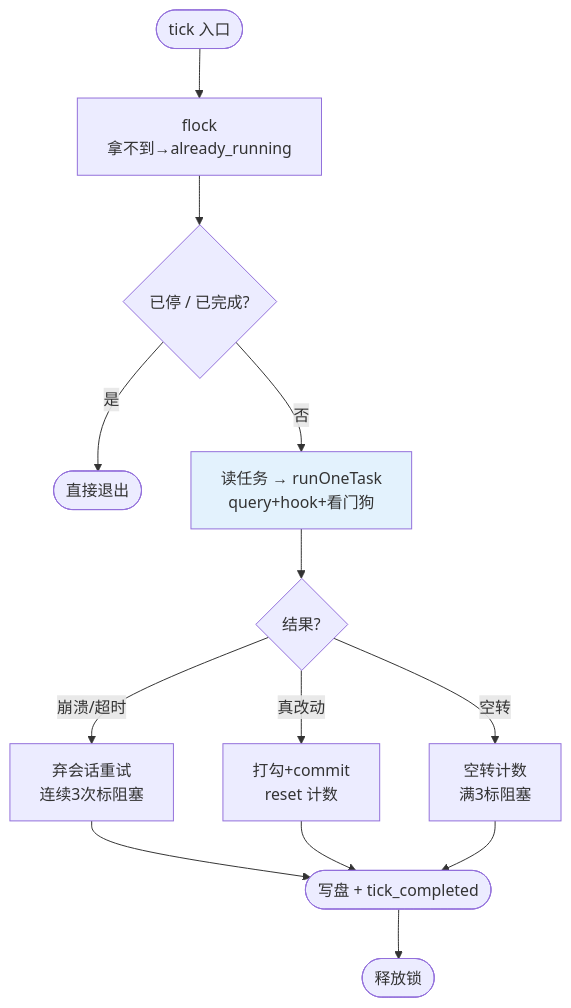
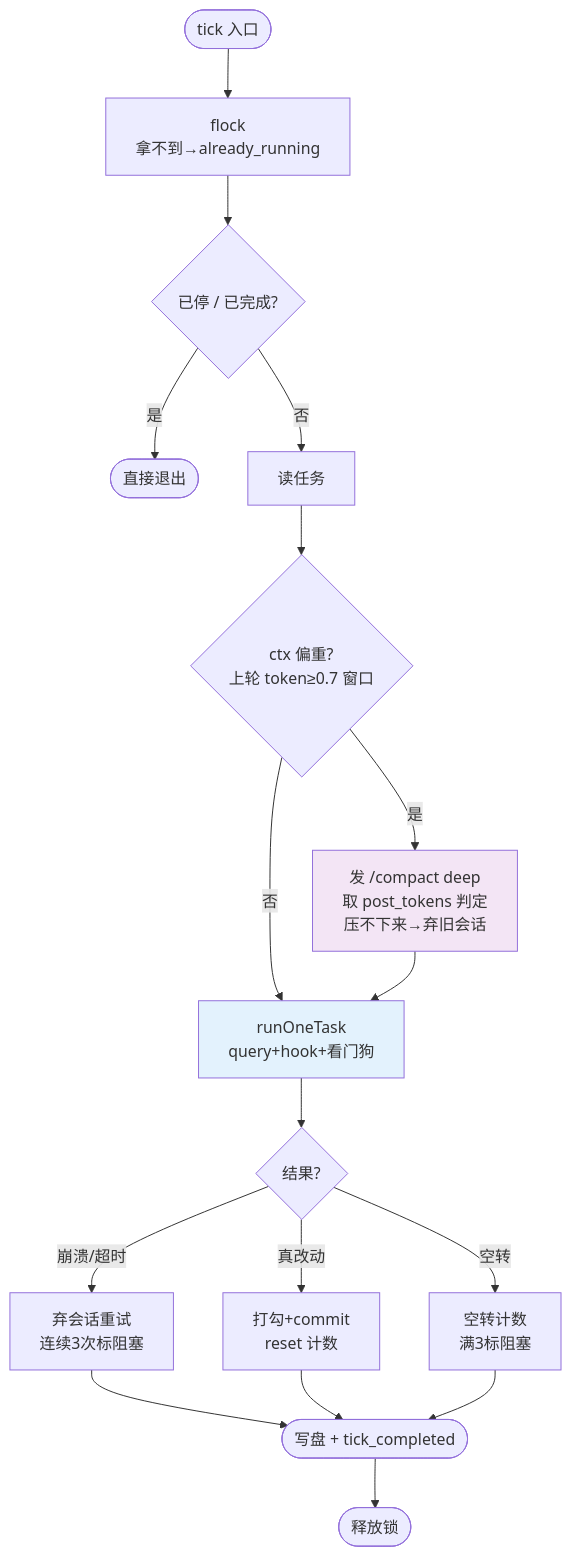
Before and after one commit to free-wyq/swallow: the second of 3 diagrams in README.md, drawn with Mermaid. The commit also changed 1 other file, not shown here.

Commit message:
docs: 架构图补 ctx 健康度探针分支 + SKILL.md 同步 ctx 字段/事件
tick() 控制流图在"读任务"后插入 ctx 偏重判定分支：超 0.7 阈值先发
/compact deep（取 post_tokens 判定，压不下来弃旧会话），再进 runOneTask。

SKILL.md：state.json 示例补 last_input_tokens/ctx_max_tokens 两字段；
事件类型补 compact_probe_ok/compact_probe_failed；status 说明后加
ctx 健康度探针机制段。

````diff
--- a/README.md
+++ b/README.md
@@ -100,17 +100,22 @@
 ```mermaid
 flowchart TD
     Start([tick 入口]) --> Lock["flock<br/>拿不到→already_running"]
     Lock --> Check{"已停 / 已完成?"}
     Check -->|是| Exit([直接退出])
-    Check -->|否| Run["读任务 → runOneTask<br/>query+hook+看门狗"]
+    Check -->|否| Read["读任务"]
+    Read --> Ctx{"ctx 偏重?<br/>上轮 token≥0.7 窗口"}
+    Ctx -->|否| Run["runOneTask<br/>query+hook+看门狗"]
+    Ctx -->|是| Compact["发 /compact deep<br/>取 post_tokens 判定<br/>压不下来→弃旧会话"]
+    Compact --> Run
     Run --> Judge{"结果?"}
     Judge -->|崩溃/超时| Drop["弃会话重试<br/>连续3次标阻塞"]
     Judge -->|真改动| Adv["打勾+commit<br/>reset 计数"]
     Judge -->|空转| Stall["空转计数<br/>满3标阻塞"]
     Drop --> Write(["写盘 + tick_completed"])
     Adv --> Write
     Stall --> Write
     Write --> Release(["释放锁"])
 
     style Run fill:#e3f2fd
+    style Compact fill:#f3e5f5
 ```
````
